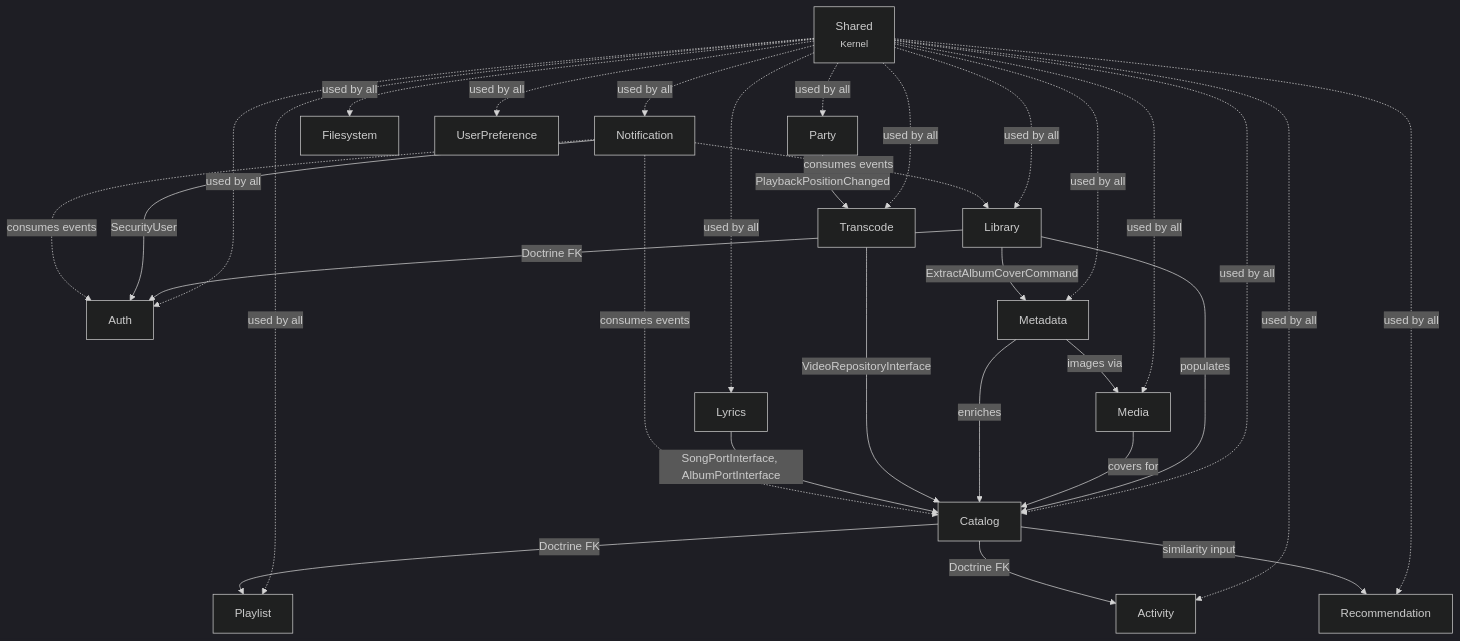
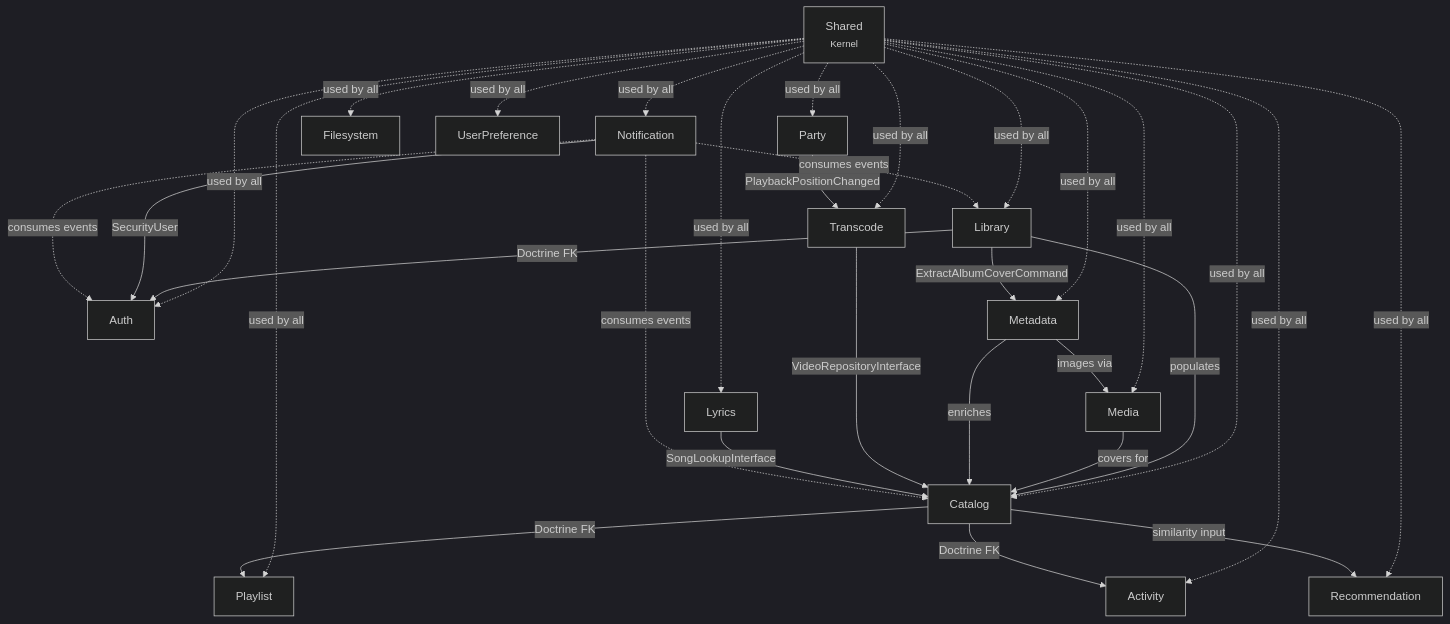
One commit to baander-app/baander changed the first of 5 diagrams in dev-docs/context-map.md. Above: the diagram before and after it, drawn with Mermaid (dark theme). The commit also changed other lines of this file and 3 other files, not shown here.

First line of the commit message:
fix(catalog): sort artist-ordered song pages by the displayed primary artist

````diff
--- a/dev-docs/context-map.md
+++ b/dev-docs/context-map.md
@@ -10,55 +10,55 @@
 ```mermaid
 graph TD
     Shared["Shared<br/><small>Kernel</small>"]
 
     Auth["Auth"]
     Library["Library"]
     Catalog["Catalog"]
     Media["Media"]
     Metadata["Metadata"]
     Playlist["Playlist"]
     Activity["Activity"]
     Recommendation["Recommendation"]
     Notification["Notification"]
     Transcode["Transcode"]
     Party["Party"]
     Filesystem["Filesystem"]
     UserPreference["UserPreference"]
     Lyrics["Lyrics"]
 
     Shared -.->|"used by all"| Auth
     Shared -.->|"used by all"| Library
     Shared -.->|"used by all"| Catalog
     Shared -.->|"used by all"| Media
     Shared -.->|"used by all"| Metadata
     Shared -.->|"used by all"| Playlist
     Shared -.->|"used by all"| Activity
     Shared -.->|"used by all"| Recommendation
     Shared -.->|"used by all"| Notification
     Shared -.->|"used by all"| Transcode
     Shared -.->|"used by all"| Party
     Shared -.->|"used by all"| Filesystem
     Shared -.->|"used by all"| UserPreference
     Shared -.->|"used by all"| Lyrics
 
     Library -->|"Doctrine FK"| Auth
     Library -->|"ExtractAlbumCoverCommand"| Metadata
     Library -->|"populates"| Catalog
     Notification -->|"SecurityUser"| Auth
 
     Catalog -->|"Doctrine FK"| Playlist
     Catalog -->|"Doctrine FK"| Activity
     Catalog -->|"similarity input"| Recommendation
 
     Media -->|"covers for"| Catalog
     Metadata -->|"enriches"| Catalog
     Metadata -->|"images via"| Media
     Party -->|"PlaybackPositionChanged"| Transcode
     Transcode -->|"VideoRepositoryInterface"| Catalog
 
-    Lyrics -->|"SongPortInterface, AlbumPortInterface"| Catalog
+    Lyrics -->|"SongLookupInterface"| Catalog
 
     Notification -.->|"consumes events"| Auth
     Notification -.->|"consumes events"| Library
     Notification -.->|"consumes events"| Catalog
 ```
````
